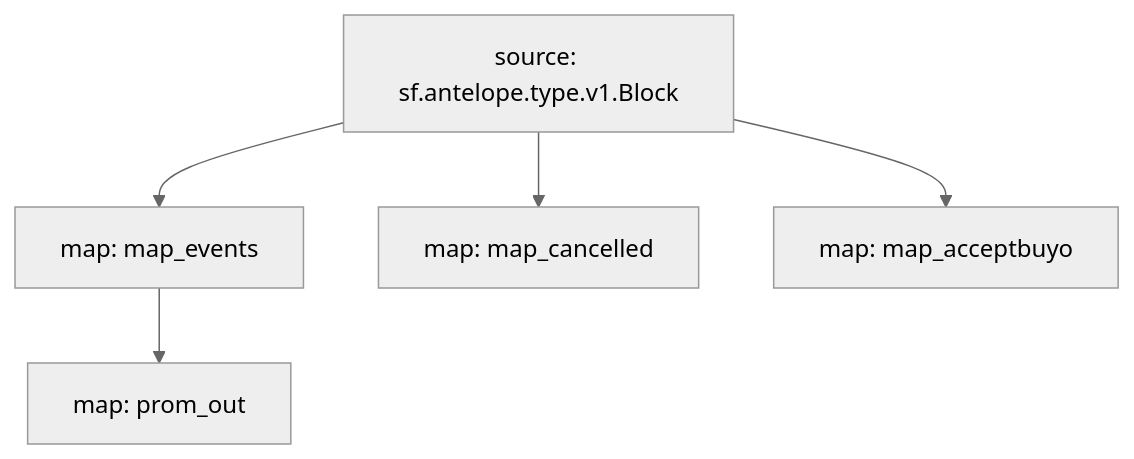
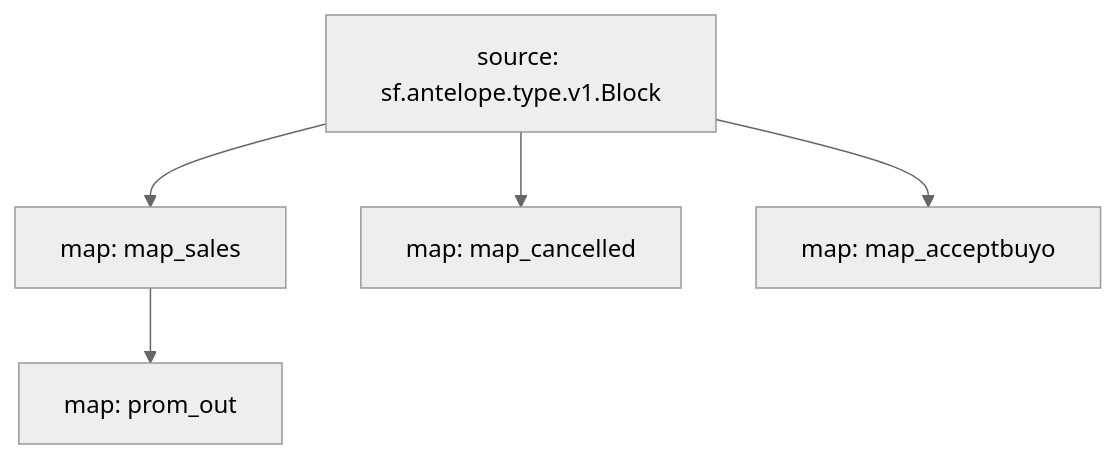
The diagram in README.md (pinax-network/substreams-atomicmarket), drawn with Mermaid (neutral theme) before and after one commit. The commit also changed other lines of this file and 6 other files, not shown here.

````diff
--- a/README.md
+++ b/README.md
@@ -14,12 +14,12 @@
 ```mermaid
 graph TD;
-  map_events[map: map_events];
-  sf.antelope.type.v1.Block[source: sf.antelope.type.v1.Block] --> map_events;
+  map_sales[map: map_sales];
+  sf.antelope.type.v1.Block[source: sf.antelope.type.v1.Block] --> map_sales;
   map_cancelled[map: map_cancelled];
   sf.antelope.type.v1.Block[source: sf.antelope.type.v1.Block] --> map_cancelled;
   map_acceptbuyo[map: map_acceptbuyo];
   sf.antelope.type.v1.Block[source: sf.antelope.type.v1.Block] --> map_acceptbuyo;
   prom_out[map: prom_out];
-  map_events --> prom_out;
+  map_sales --> prom_out;
 
 ```
````
